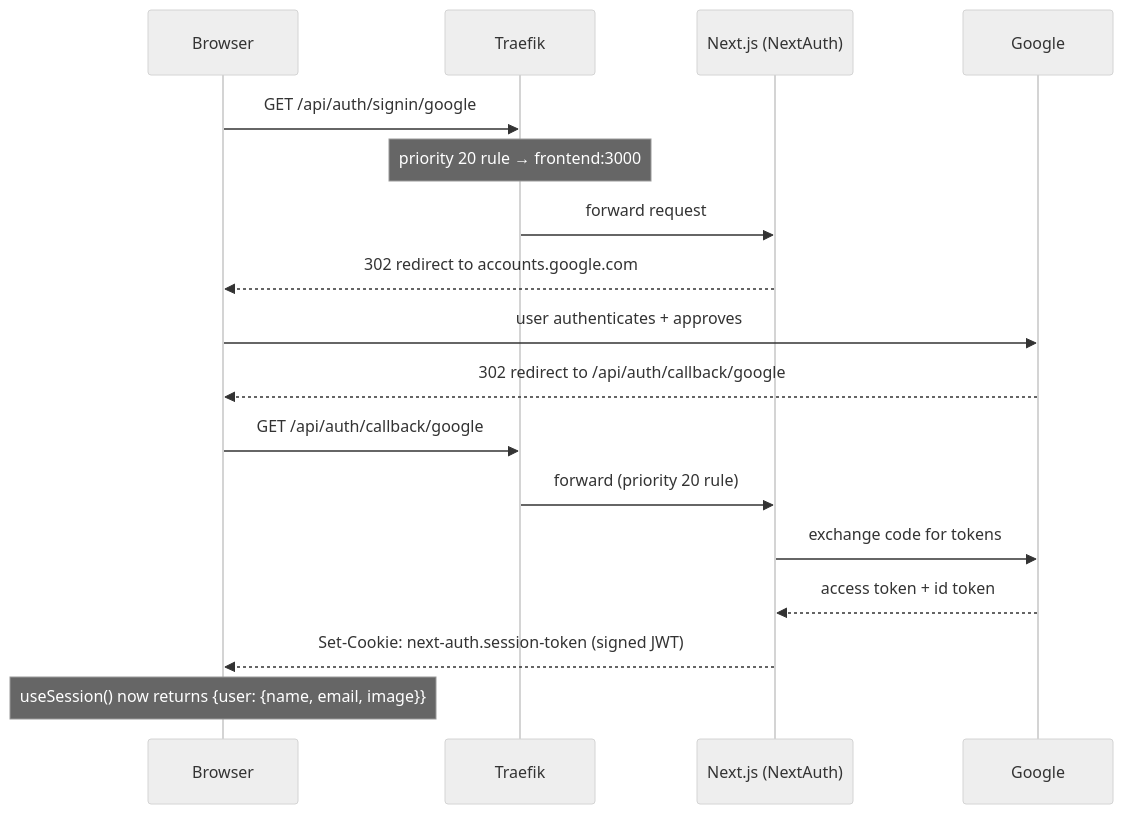
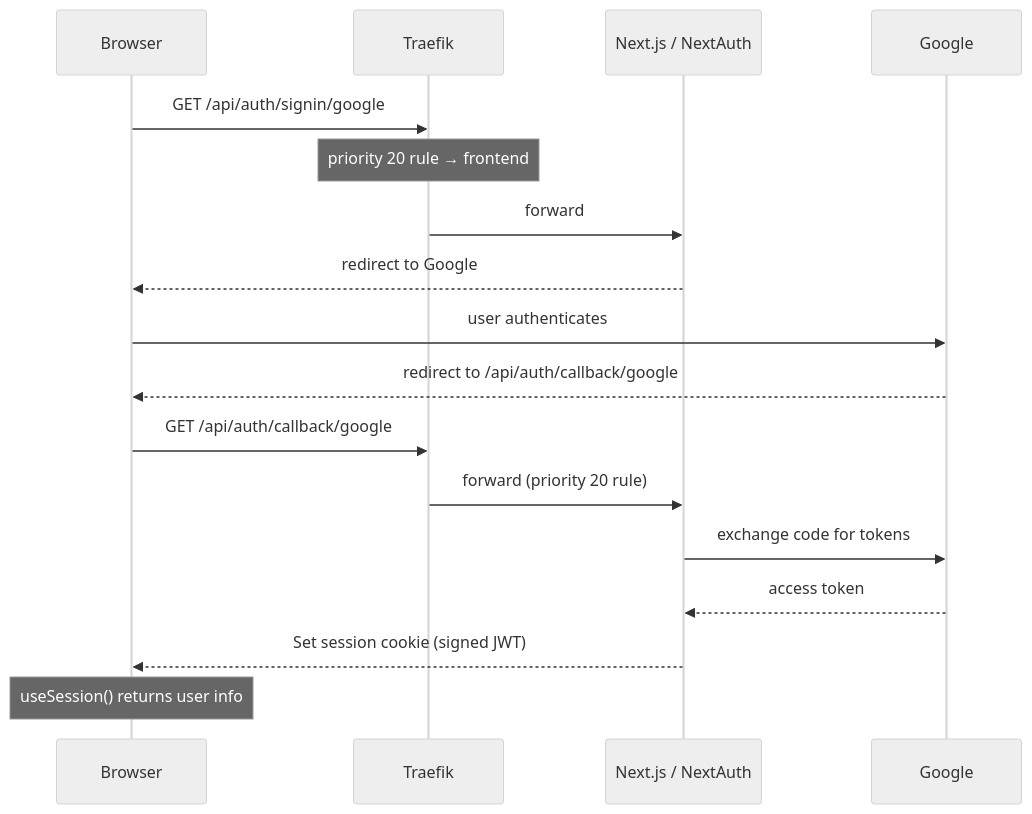
The fourth of 5 diagrams in README.md (Nidhi-S12/cloudmart-frontend), drawn with Mermaid (neutral theme) before and after one commit. The commit also changed other lines of this file, not shown here.

Commit message:
docs: colored Mermaid diagrams, remove specific config values from diagrams

````diff
--- a/README.md
+++ b/README.md
@@ -118,20 +119,20 @@
 ```mermaid
 sequenceDiagram
     participant B as Browser
-    participant Traefik
-    participant FE as Next.js (NextAuth)
+    participant T as Traefik
+    participant FE as Next.js / NextAuth
     participant G as Google
 
-    B->>Traefik: GET /api/auth/signin/google
-    Note over Traefik: priority 20 rule → frontend:3000
-    Traefik->>FE: forward request
-    FE-->>B: 302 redirect to accounts.google.com
-    B->>G: user authenticates + approves
-    G-->>B: 302 redirect to /api/auth/callback/google
-    B->>Traefik: GET /api/auth/callback/google
-    Traefik->>FE: forward (priority 20 rule)
+    B->>T: GET /api/auth/signin/google
+    Note over T: priority 20 rule → frontend
+    T->>FE: forward
+    FE-->>B: redirect to Google
+    B->>G: user authenticates
+    G-->>B: redirect to /api/auth/callback/google
+    B->>T: GET /api/auth/callback/google
+    T->>FE: forward (priority 20 rule)
     FE->>G: exchange code for tokens
-    G-->>FE: access token + id token
-    FE-->>B: Set-Cookie: next-auth.session-token (signed JWT)
-    Note over B: useSession() now returns {user: {name, email, image}}
+    G-->>FE: access token
+    FE-->>B: Set session cookie (signed JWT)
+    Note over B: useSession() returns user info
 ```
````
